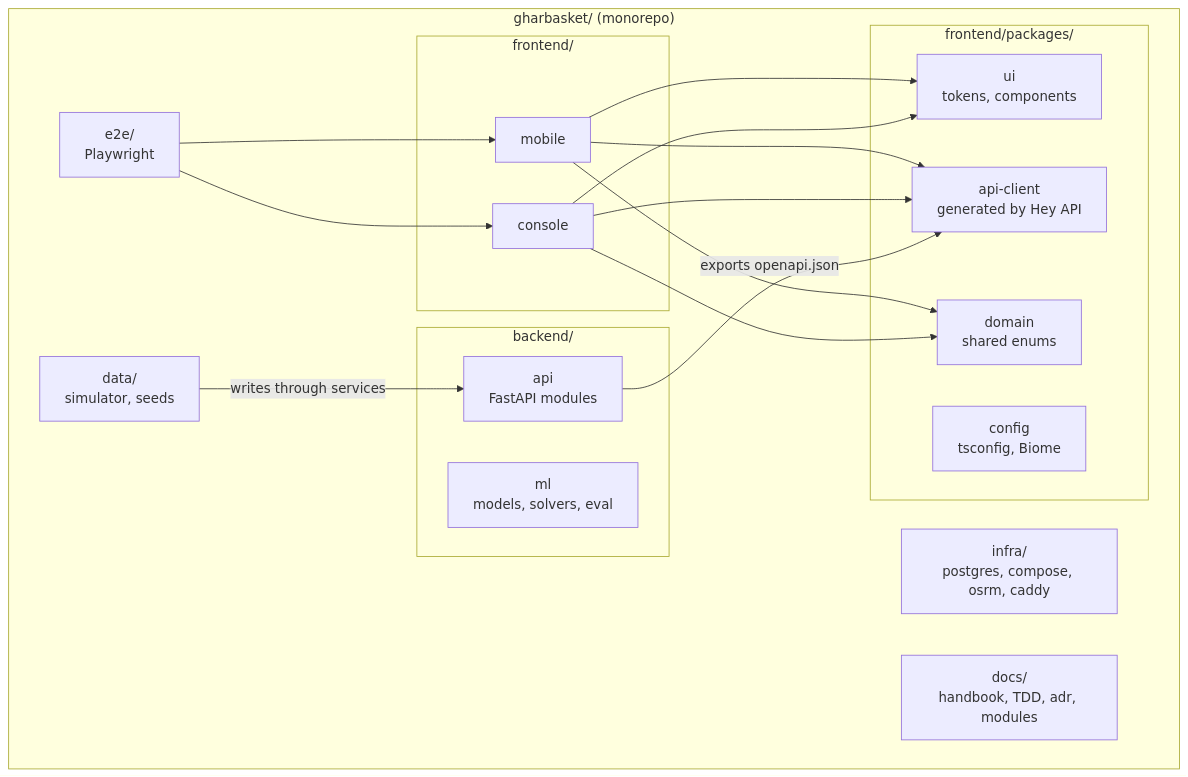
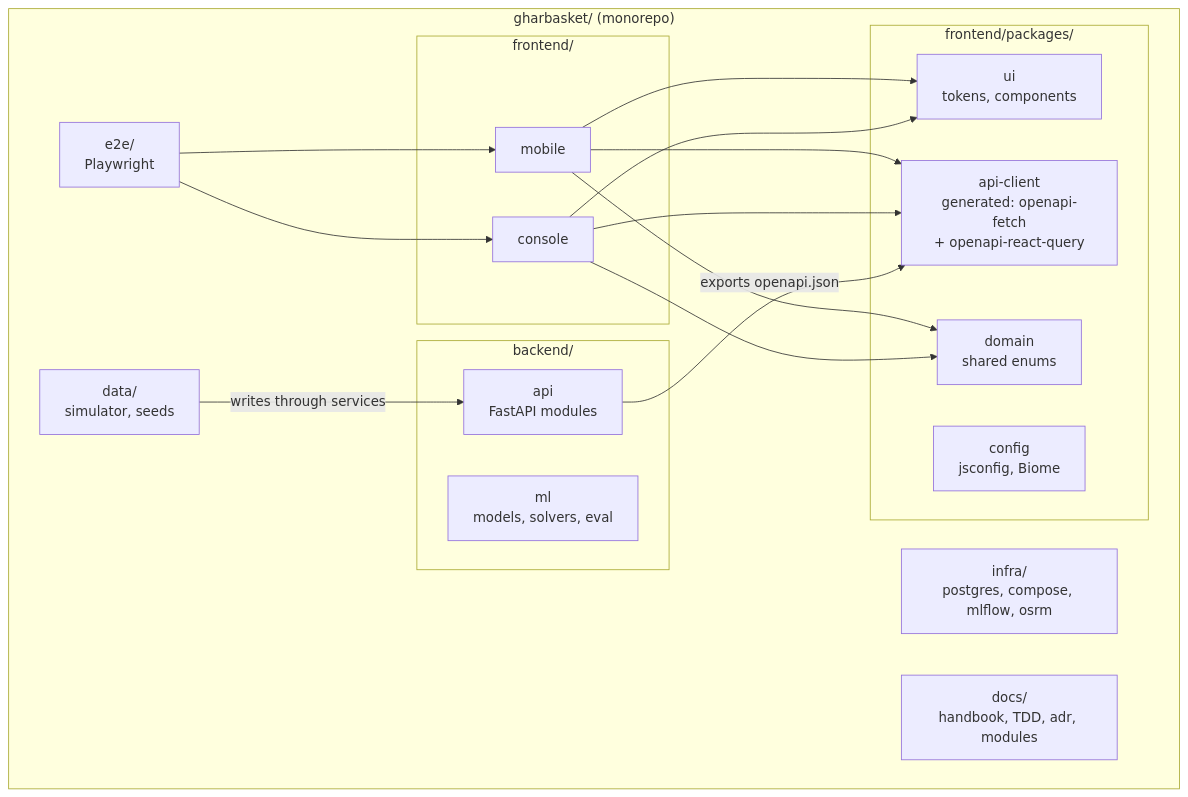
The fourth of 5 diagrams in docs/handbook/04-system-architecture.md (prelekar7/GharBasket), drawn with Mermaid before and after one commit. The commit also changed other lines of this file and 58 other files, not shown here.

````diff
--- a/docs/handbook/04-system-architecture.md
+++ b/docs/handbook/04-system-architecture.md
@@ -147,33 +145,33 @@
 ```mermaid
 flowchart TB
   subgraph REPO["gharbasket/ (monorepo)"]
     subgraph APPS["frontend/"]
       AM["mobile"]
       AC["console"]
     end
     subgraph PKGS["frontend/packages/"]
       PUI["ui<br/>tokens, components"]
-      PAC["api-client<br/>generated by Hey API"]
+      PAC["api-client<br/>generated: openapi-fetch<br/>+ openapi-react-query"]
       PDM["domain<br/>shared enums"]
-      PCF["config<br/>tsconfig, Biome"]
+      PCF["config<br/>jsconfig, Biome"]
     end
     subgraph SVC["backend/"]
       SAPI["api<br/>FastAPI modules"]
       SML["ml<br/>models, solvers, eval"]
     end
     DATA["data/<br/>simulator, seeds"]
     E2E["e2e/<br/>Playwright"]
-    INFRA["infra/<br/>postgres, compose, osrm, caddy"]
+    INFRA["infra/<br/>postgres, compose, mlflow, osrm"]
     DOCS["docs/<br/>handbook, TDD, adr, modules"]
   end
   AM --> PUI
   AM --> PAC
   AM --> PDM
   AC --> PUI
   AC --> PAC
   AC --> PDM
   SAPI -->|"exports openapi.json"| PAC
   DATA -->|"writes through services"| SAPI
   E2E --> AM
   E2E --> AC
 ```
````
